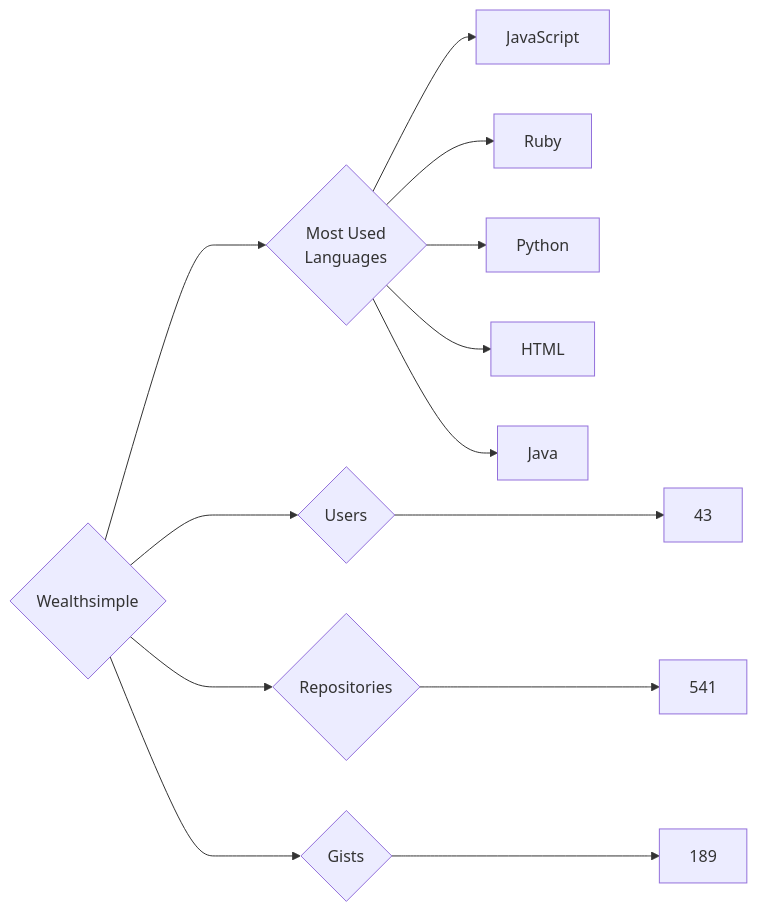
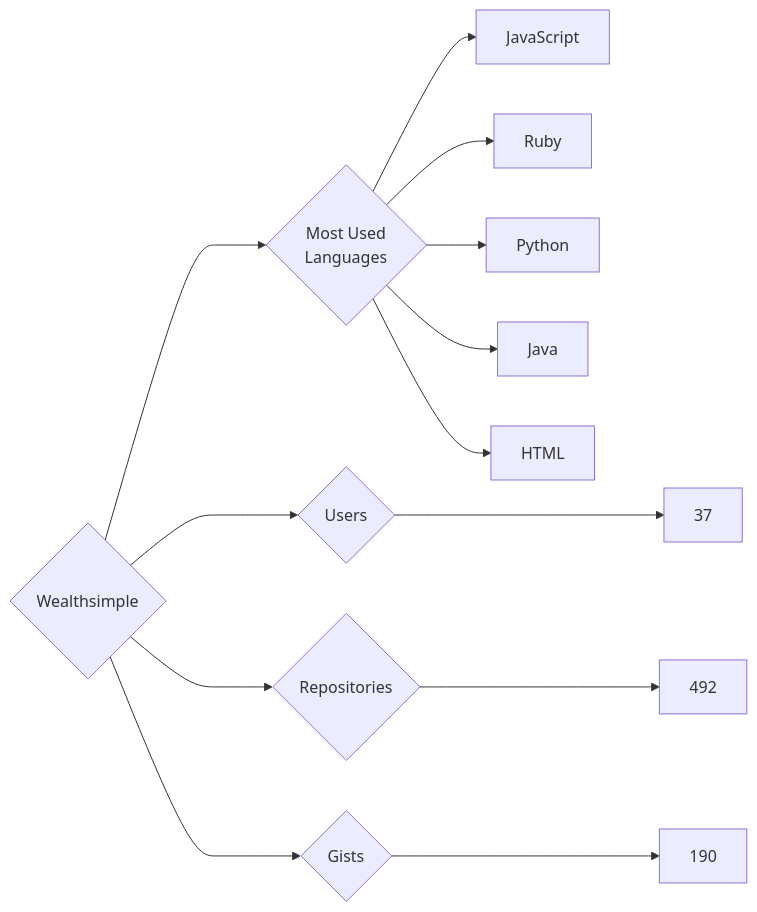
One commit to trickest/insiders changed the diagram in targets/Wealthsimple/README.md. Above: the diagram before and after it, drawn with Mermaid. The commit also changed 770 other files, not shown here.

````diff
--- a/targets/Wealthsimple/README.md
+++ b/targets/Wealthsimple/README.md
@@ -3,13 +3,13 @@
 ```mermaid
 graph LR
 COMPANY_NAME{Wealthsimple}
-COMPANY_NAME ---> U{Users} ---> UN[43]
-COMPANY_NAME ---> R{Repositories} ---> RN[541]
-COMPANY_NAME ---> G{Gists} ---> GN[189]
+COMPANY_NAME ---> U{Users} ---> UN[37]
+COMPANY_NAME ---> R{Repositories} ---> RN[492]
+COMPANY_NAME ---> G{Gists} ---> GN[190]
 COMPANY_NAME ---> ML{Most Used<br>Languages}
 ML --> JavaScript[JavaScript]
 ML --> Ruby[Ruby]
 ML --> Python[Python]
+ML --> Java[Java]
 ML --> HTML[HTML]
-ML --> Java[Java]
 ```
````
